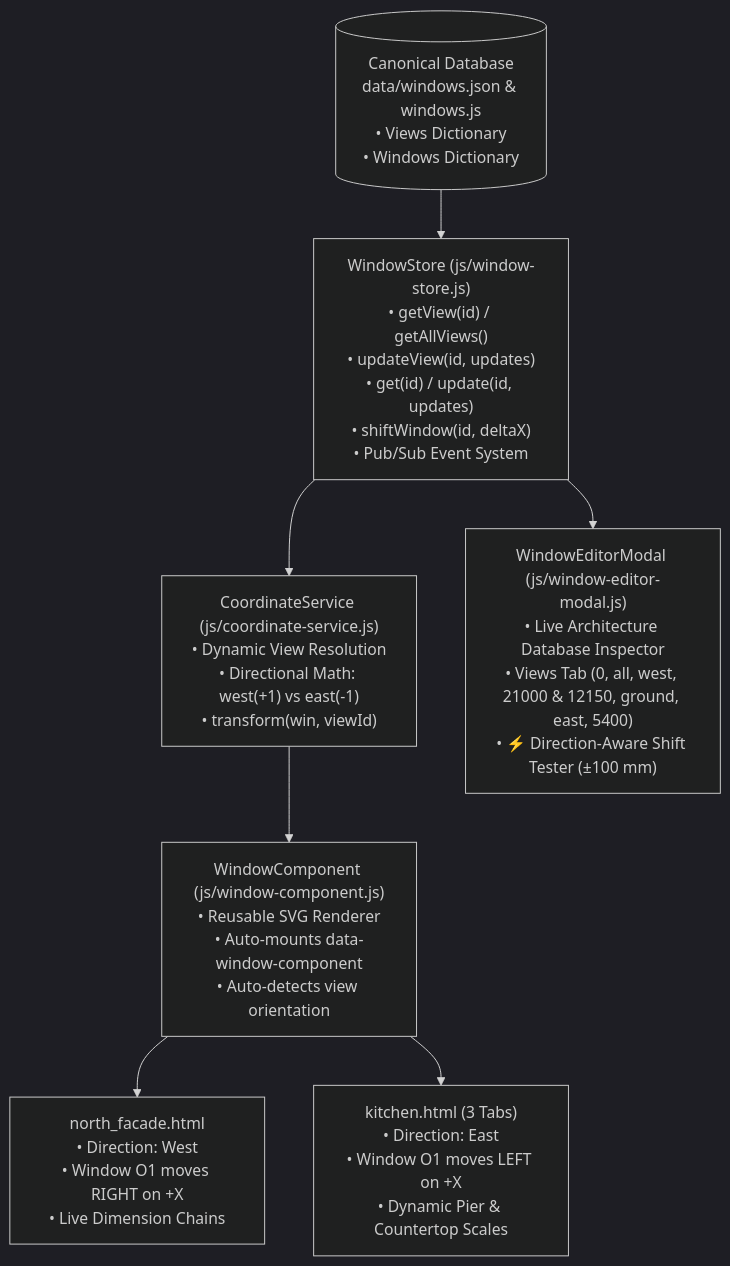
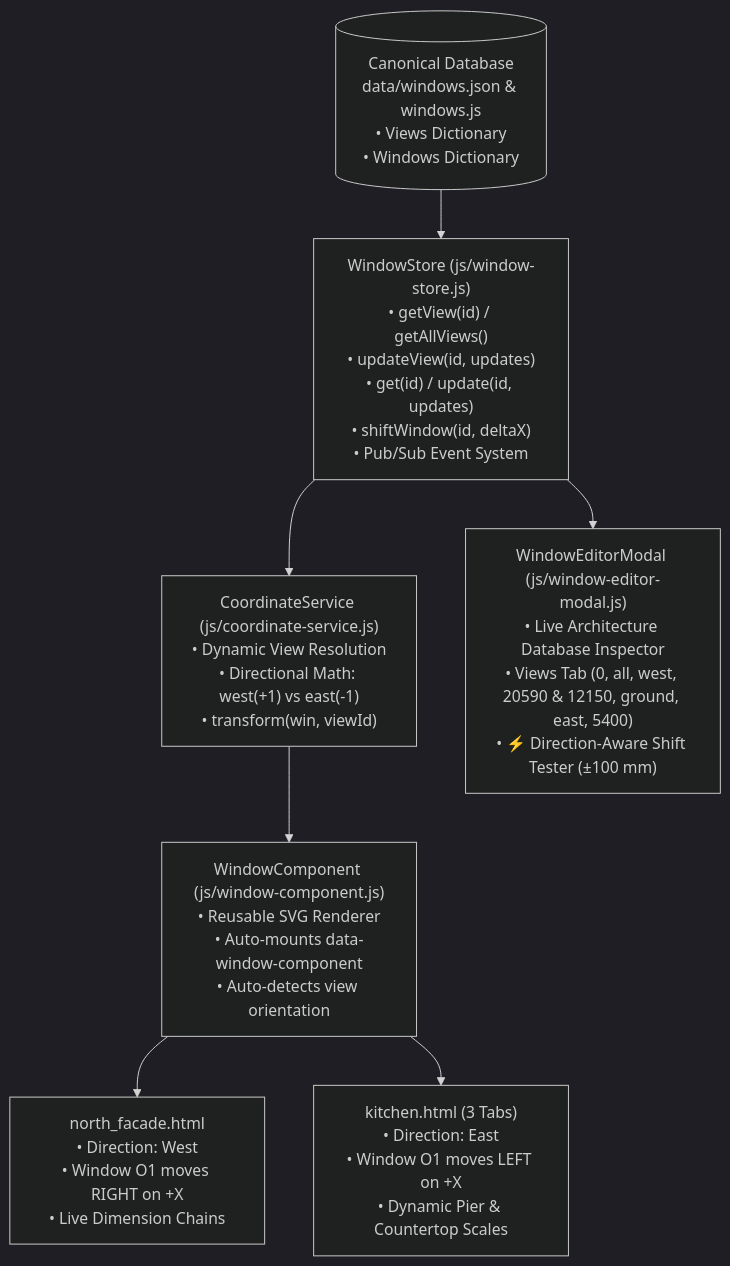
The diagram in docs/architecture_windows.md (dah4ns/home_design), drawn with Mermaid (dark theme) before and after one commit. The commit also changed other lines of this file and 4 other files, not shown here.

First line of the commit message:
feat(architecture): update north facade window dimensions and building boundary

````diff
--- a/docs/architecture_windows.md
+++ b/docs/architecture_windows.md
@@ -173,20 +209,20 @@
 ```mermaid
 graph TD
     DB[("Canonical Database<br/>data/windows.json & windows.js<br/>• Views Dictionary<br/>• Windows Dictionary")]
     
     Store["WindowStore (js/window-store.js)<br/>• getView(id) / getAllViews()<br/>• updateView(id, updates)<br/>• get(id) / update(id, updates)<br/>• shiftWindow(id, deltaX)<br/>• Pub/Sub Event System"]
     
     Coord["CoordinateService (js/coordinate-service.js)<br/>• Dynamic View Resolution<br/>• Directional Math: west(+1) vs east(-1)<br/>• transform(win, viewId)"]
     
     Comp["WindowComponent (js/window-component.js)<br/>• Reusable SVG Renderer<br/>• Auto-mounts data-window-component<br/>• Auto-detects view orientation"]
     
-    Modal["WindowEditorModal (js/window-editor-modal.js)<br/>• Live Architecture Database Inspector<br/>• Views Tab (0, all, west, 21000 & 12150, ground, east, 5400)<br/>• ⚡ Direction-Aware Shift Tester (±100 mm)"]
+    Modal["WindowEditorModal (js/window-editor-modal.js)<br/>• Live Architecture Database Inspector<br/>• Views Tab (0, all, west, 20590 & 12150, ground, east, 5400)<br/>• ⚡ Direction-Aware Shift Tester (±100 mm)"]
     
     DB --> Store
     Store --> Coord
     Coord --> Comp
     Store --> Modal
     
     Comp --> Page1["north_facade.html<br/>• Direction: West<br/>• Window O1 moves RIGHT on +X<br/>• Live Dimension Chains"]
     Comp --> Page2["kitchen.html (3 Tabs)<br/>• Direction: East<br/>• Window O1 moves LEFT on +X<br/>• Dynamic Pier & Countertop Scales"]
 ```
````
